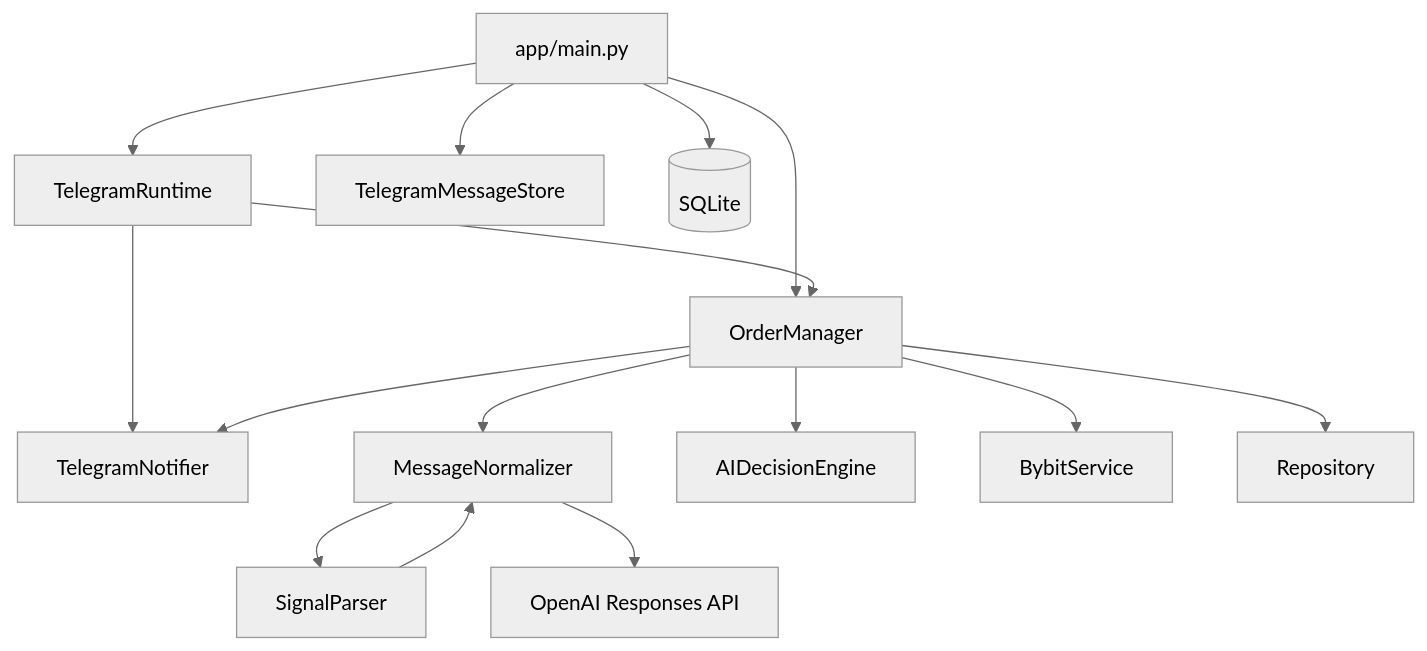
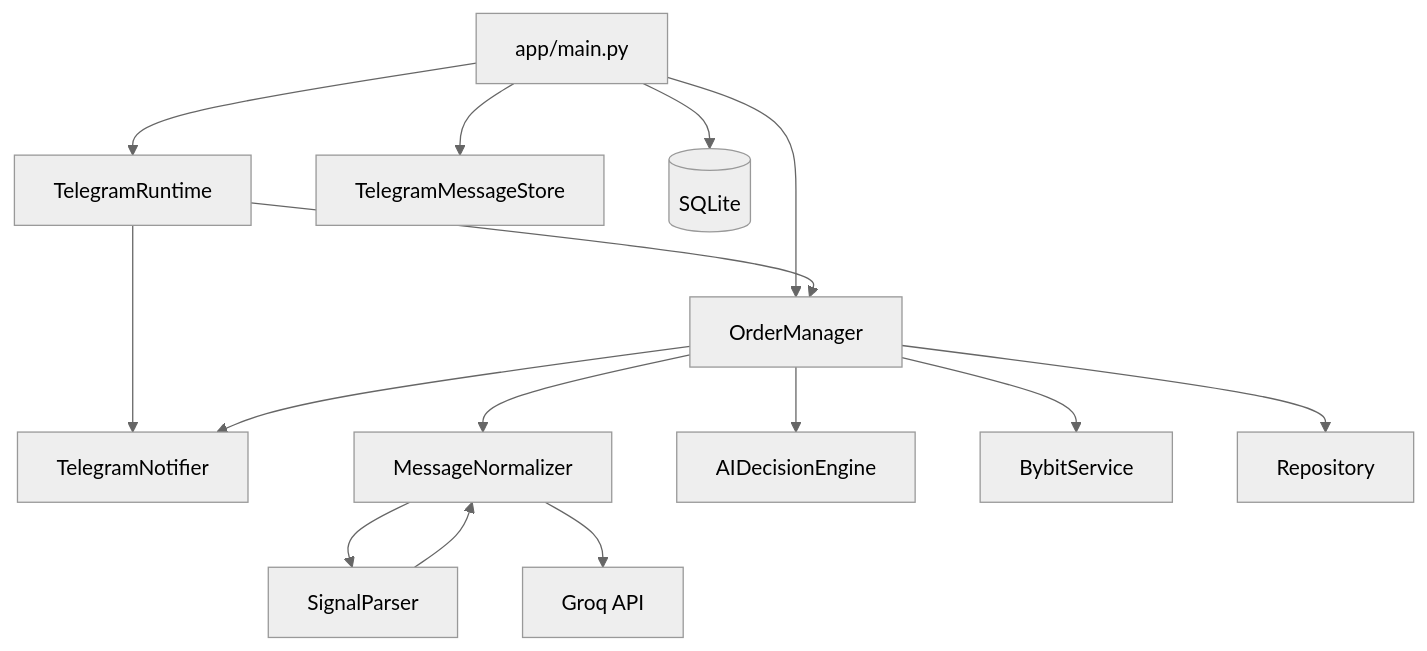
The second of 7 diagrams in docs/architecture.md (36vanquyet/tradding_follow_group), drawn with Mermaid (neutral theme) before and after one commit. The commit also changed other lines of this file and 6 other files, not shown here.

````diff
--- a/docs/architecture.md
+++ b/docs/architecture.md
@@ -24,20 +24,20 @@
 ```mermaid
 flowchart TB
     MAIN[app/main.py] --> RT[TelegramRuntime]
     MAIN --> OM[OrderManager]
     MAIN --> MS[TelegramMessageStore]
     MAIN --> DB[(SQLite)]
 
     RT --> OM
     RT --> NT[TelegramNotifier]
 
     OM --> NP[MessageNormalizer]
     OM --> AI[AIDecisionEngine]
     OM --> BY[BybitService]
     OM --> RP[Repository]
     OM --> NT
 
     NP --> SP[SignalParser]
-    NP --> OPENAI[OpenAI Responses API]
+    NP --> GROQ[Groq API]
     SP --> NP
 ```
````
